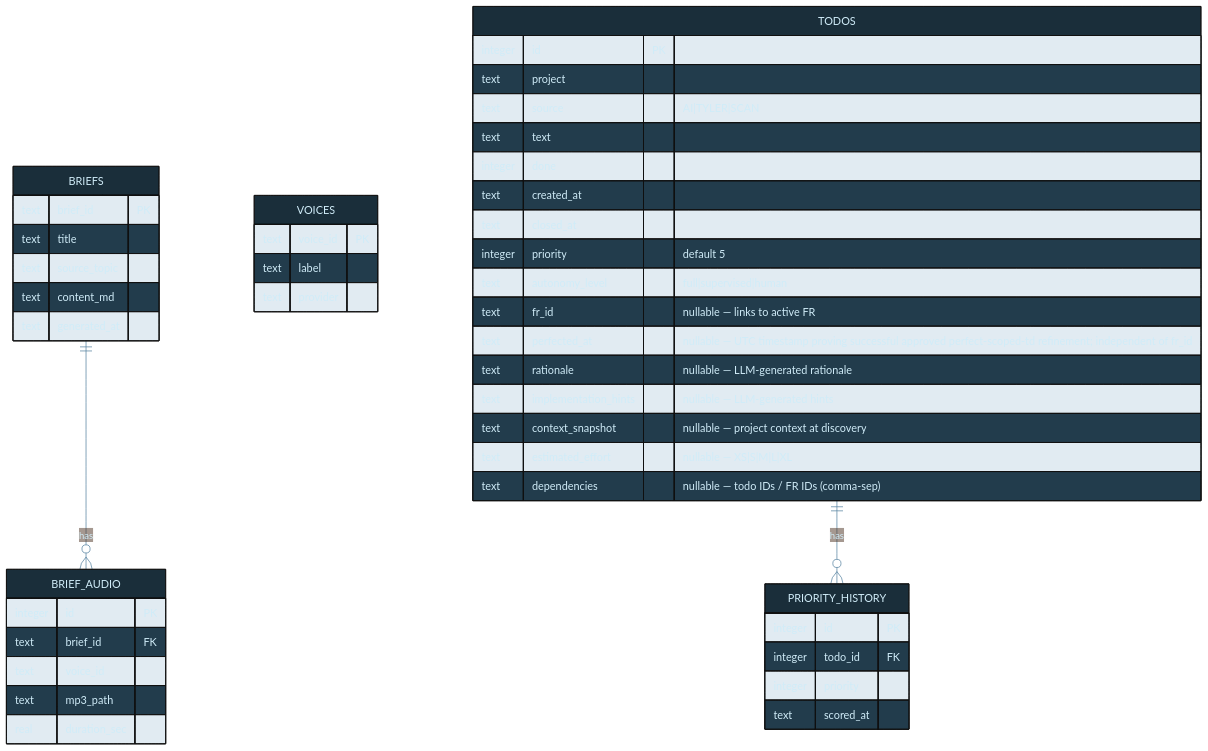
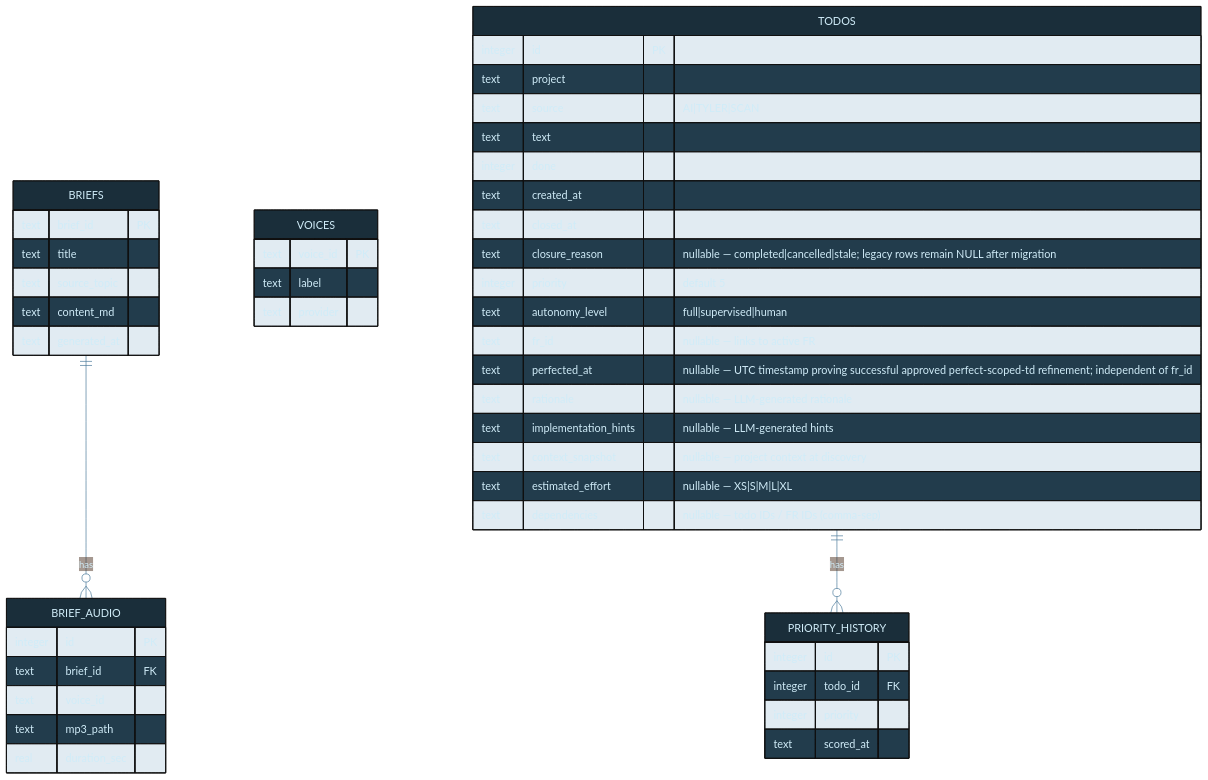
Before and after one commit to tylerdrakemusic/-Workspace: the diagram in diagrams/manifest-db-schema.mmd, drawn with Mermaid. The commit also changed 1 other file, not shown here.

Commit message:
⊕ workspace: document executive todo cancellation diagrams

```diff
--- a/diagrams/manifest-db-schema.mmd
+++ b/diagrams/manifest-db-schema.mmd
@@ -1,47 +1,48 @@
 %%{init: {'theme': 'base', 'themeVariables': {'primaryColor': '#1a2e3a', 'primaryTextColor': '#d0ecf8', 'edgeLabelBackground': '#0f1318', 'lineColor': '#4a7a9a'}}}%%
 erDiagram
     BRIEFS ||--o{ BRIEF_AUDIO : has
     BRIEFS {
         text brief_id PK
         text title
         text source_topic
         text content_md
         text generated_at
     }
     BRIEF_AUDIO {
         integer id PK
         text brief_id FK
         text voice_id
         text mp3_path
         real duration_sec
     }
     VOICES {
         text voice_id PK
         text label
         text provider
     }
     TODOS ||--o{ PRIORITY_HISTORY : has
     TODOS {
         integer id PK
         text project
         text source "AI|TYLER|SCAN"
         text text
         integer done
         text created_at
         text closed_at
+        text closure_reason "nullable — completed|cancelled|stale; legacy rows remain NULL after migration"
         integer priority "default 5"
         text autonomy_level "full|supervised|human"
         text fr_id "nullable — links to active FR"
         text perfected_at "nullable — UTC timestamp proving successful approved perfect-scoped-td refinement; independent of fr_id"
         text rationale "nullable — LLM-generated rationale"
         text implementation_hints "nullable — LLM-generated hints"
         text context_snapshot "nullable — project context at discovery"
         text estimated_effort "nullable — XS|S|M|L|XL"
         text dependencies "nullable — todo IDs / FR IDs (comma-sep)"
     }
     PRIORITY_HISTORY {
         integer id PK
         integer todo_id FK
         integer priority
         text scored_at
     }
```
